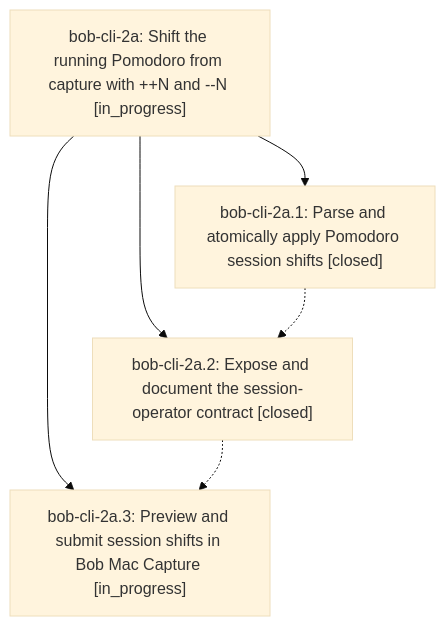
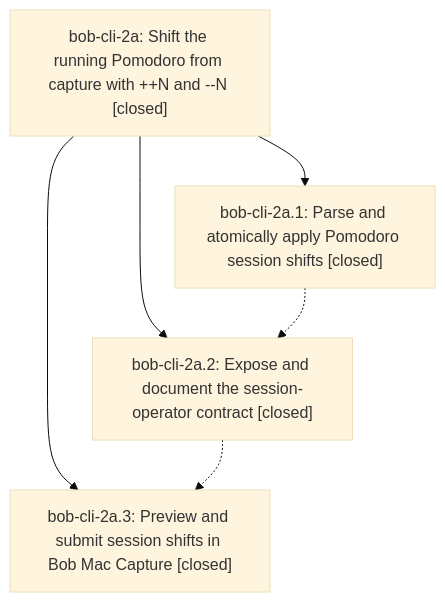
The diagram in pages/bob-cli-2a/README.md (bobs-org/bob-cli--beads), drawn with Mermaid (base theme) before and after one commit. The commit also changed other lines of this file and 2 other files, not shown here.

First line of the commit message:
chore(beads): sync bead state and pages for bob-cli-2a

````diff
--- a/pages/bob-cli-2a/README.md
+++ b/pages/bob-cli-2a/README.md
@@ -24,12 +42,12 @@
 ```mermaid
 flowchart TD
-    n0["bob-cli-2a: Shift the running Pomodoro from capture with ++N and --N [in_progress]"]
+    n0["bob-cli-2a: Shift the running Pomodoro from capture with ++N and --N [closed]"]
     n1["bob-cli-2a.1: Parse and atomically apply Pomodoro session shifts [closed]"]
     n2["bob-cli-2a.2: Expose and document the session-operator contract [closed]"]
-    n3["bob-cli-2a.3: Preview and submit session shifts in Bob Mac Capture [in_progress]"]
+    n3["bob-cli-2a.3: Preview and submit session shifts in Bob Mac Capture [closed]"]
     n0 --> n1
     n0 --> n2
     n0 --> n3
     n1 -.-> n2
     n2 -.-> n3
 ```
````
